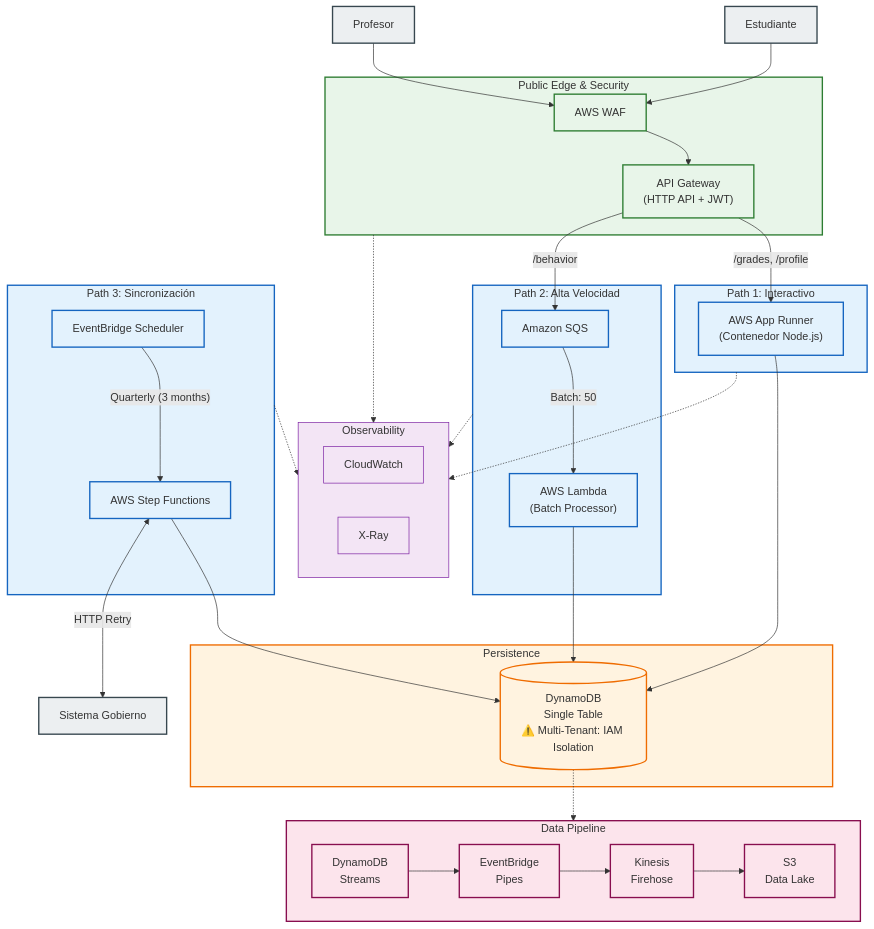
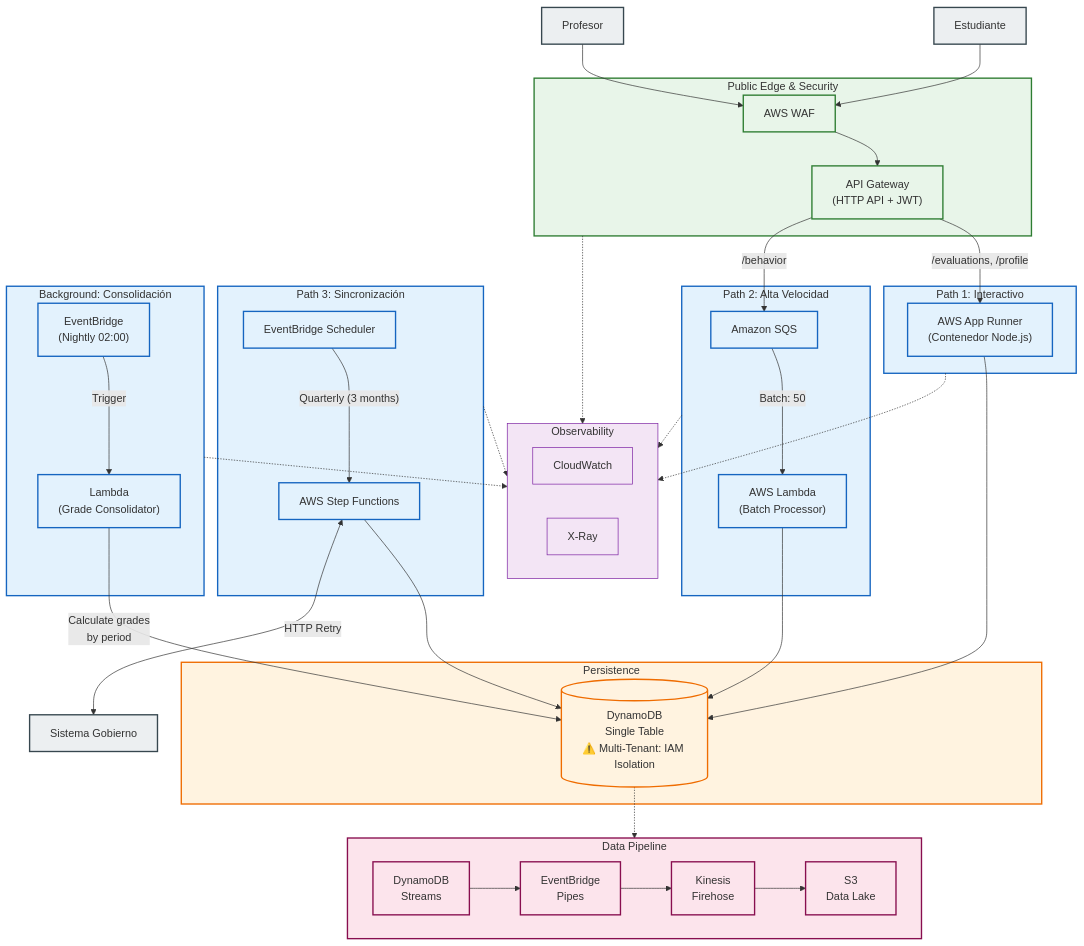
Before and after one commit to fabzter/luca-home-assessment: the first of 6 diagrams in README.md, drawn with Mermaid. The commit also changed other lines of this file, not shown here.

Commit message:
update back the async nature of note consolidation

```diff
--- a/README.md
+++ b/README.md
@@ -47,6 +47,11 @@
     subgraph Path3 ["Path 3: Sincronización"]
         Scheduler["EventBridge Scheduler"]
         StepFunctions["AWS Step Functions"]
+    end
+
+    subgraph BackgroundJob ["Background: Consolidación"]
+        NightlyScheduler["EventBridge<br/>(Nightly 02:00)"]
+        ConsolidatorLambda["Lambda<br/>(Grade Consolidator)"]
     end
 
     %% === PERSISTENCE LAYER ===
@@ -76,7 +81,7 @@
     WAF --> APIG
 
     %% Path 1: Interactive
-    APIG -->|"/grades, /profile"| AppRunner
+    APIG -->|"/evaluations, /profile"| AppRunner
     AppRunner --> DynamoDB
 
     %% Path 2: High Volume
@@ -89,6 +94,10 @@
     StepFunctions --> DynamoDB
     StepFunctions <-->|"HTTP Retry"| GovSystem
 
+    %% Background Consolidation
+    NightlyScheduler -->|Trigger| ConsolidatorLambda
+    ConsolidatorLambda -->|"Calculate grades<br/>by period"| DynamoDB
+
     %% Data Pipeline Connection
     DynamoDB -.-> Streams
 
@@ -97,6 +106,7 @@
     Path1 -.-> ObsLayer
     Path2 -.-> ObsLayer
     Path3 -.-> ObsLayer
+    BackgroundJob -.-> ObsLayer
 
     %% Styling
     classDef edge fill:#e8f5e9,stroke:#2e7d32,stroke-width:2px
@@ -107,7 +117,7 @@
     classDef external fill:#eceff1,stroke:#37474f,stroke-width:2px
 
     class WAF,APIG,EdgeLayer edge
-    class AppRunner,Lambda,SQS,Scheduler,StepFunctions,Path1,Path2,Path3 compute
+    class AppRunner,Lambda,SQS,Scheduler,StepFunctions,NightlyScheduler,ConsolidatorLambda,Path1,Path2,Path3,BackgroundJob compute
     class DynamoDB,PersistenceLayer data
     class Streams,Pipes,Firehose,S3,DataPipeline pipeline
     class CloudWatch,XRay,ObsLayer obs
```
